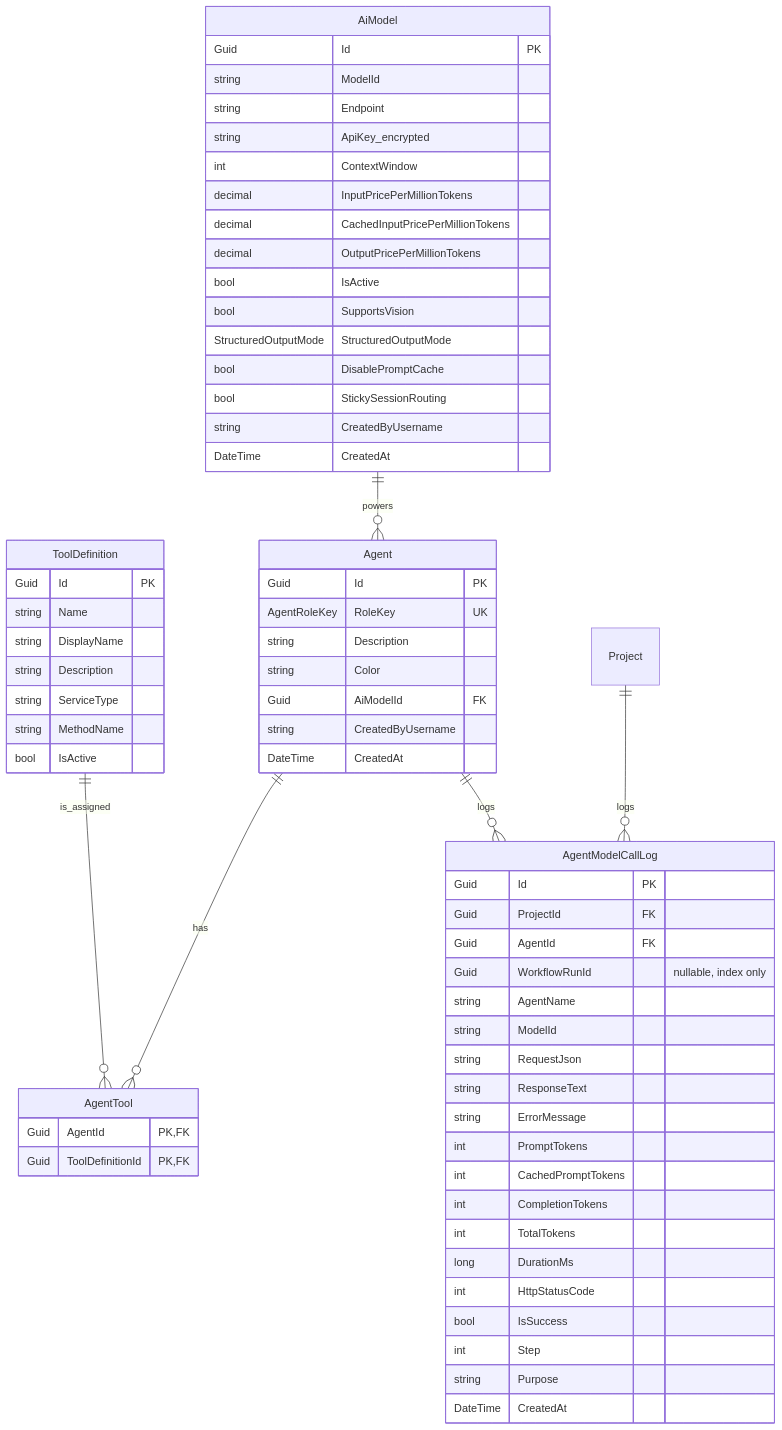
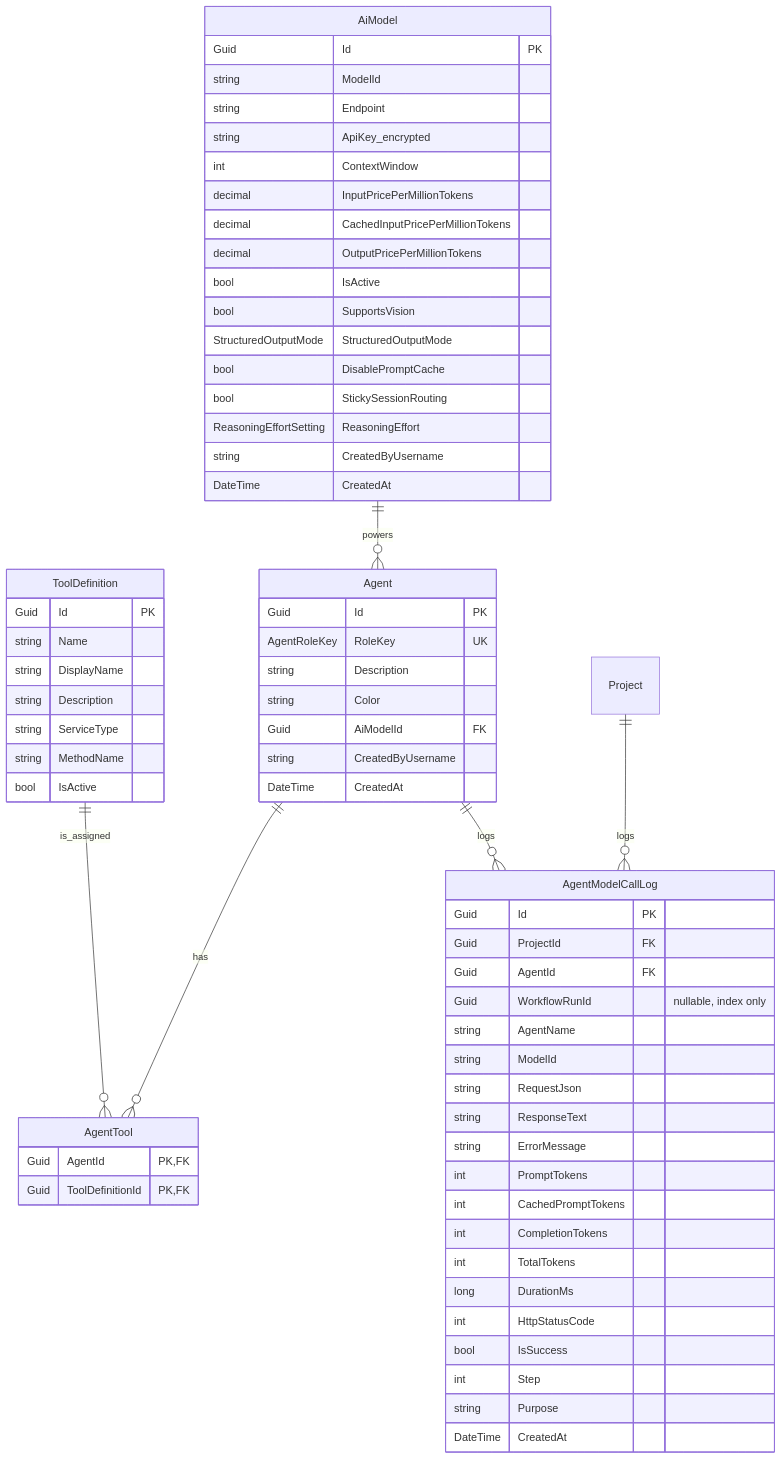
The fifth of 9 diagrams in docs/data-model.md (Songlong0506/ICOGenerator-v4), drawn with Mermaid before and after one commit. The commit also changed other lines of this file and 17 other files, not shown here.

First line of the commit message:
Mức suy luận theo model (Reasoning effort) — Claude Code CLI đi ra --effort

````diff
--- a/docs/data-model.md
+++ b/docs/data-model.md
@@ -282,73 +282,74 @@
 ```mermaid
 erDiagram
     AiModel {
         Guid Id PK
         string ModelId
         string Endpoint
         string ApiKey_encrypted
         int ContextWindow
         decimal InputPricePerMillionTokens
         decimal CachedInputPricePerMillionTokens
         decimal OutputPricePerMillionTokens
         bool IsActive
         bool SupportsVision
         StructuredOutputMode StructuredOutputMode
         bool DisablePromptCache
         bool StickySessionRouting
+        ReasoningEffortSetting ReasoningEffort
         string CreatedByUsername
         DateTime CreatedAt
     }
 
     Agent {
         Guid Id PK
         AgentRoleKey RoleKey UK
         string Description
         string Color
         Guid AiModelId FK
         string CreatedByUsername
         DateTime CreatedAt
     }
 
     ToolDefinition {
         Guid Id PK
         string Name
         string DisplayName
         string Description
         string ServiceType
         string MethodName
         bool IsActive
     }
 
     AgentTool {
         Guid AgentId PK, FK
         Guid ToolDefinitionId PK, FK
     }
 
     AgentModelCallLog {
         Guid Id PK
         Guid ProjectId FK
         Guid AgentId FK
         Guid WorkflowRunId "nullable, index only"
         string AgentName
         string ModelId
         string RequestJson
         string ResponseText
         string ErrorMessage
         int PromptTokens
         int CachedPromptTokens
         int CompletionTokens
         int TotalTokens
         long DurationMs
         int HttpStatusCode
         bool IsSuccess
         int Step
         string Purpose
         DateTime CreatedAt
     }
 
     AiModel ||--o{ Agent : powers
     Agent ||--o{ AgentTool : has
     ToolDefinition ||--o{ AgentTool : is_assigned
     Project ||--o{ AgentModelCallLog : logs
     Agent ||--o{ AgentModelCallLog : logs
 ```
````
